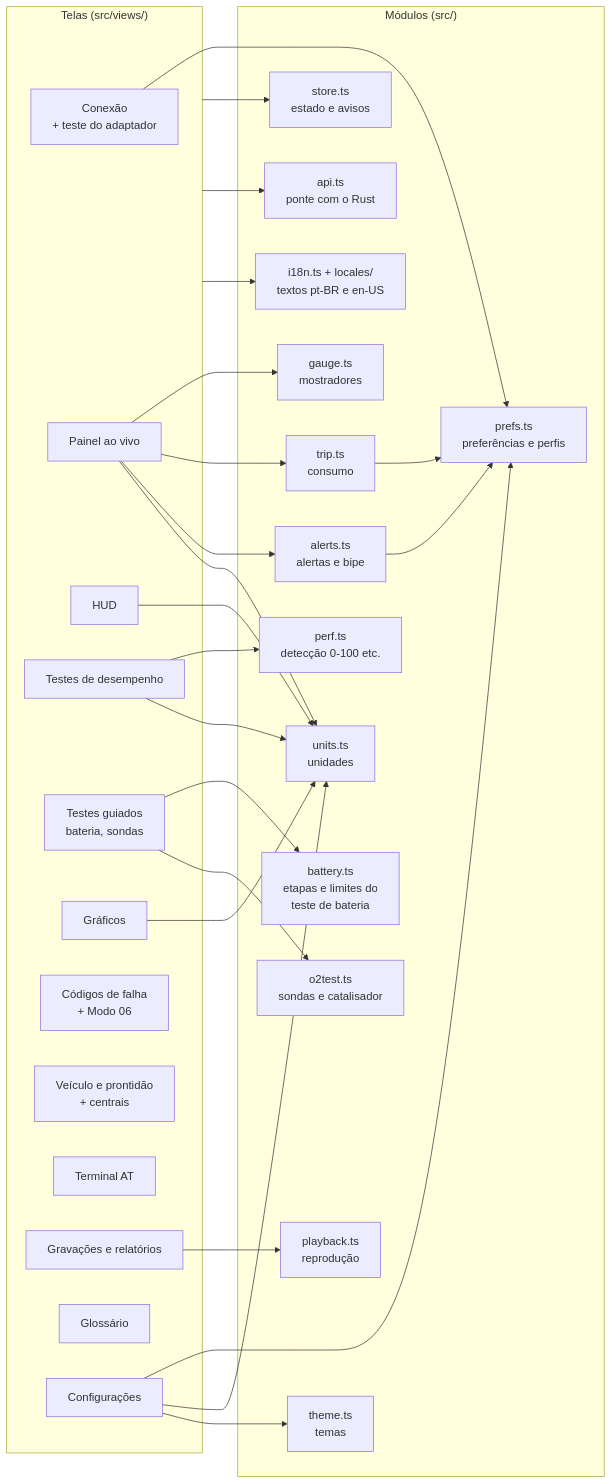
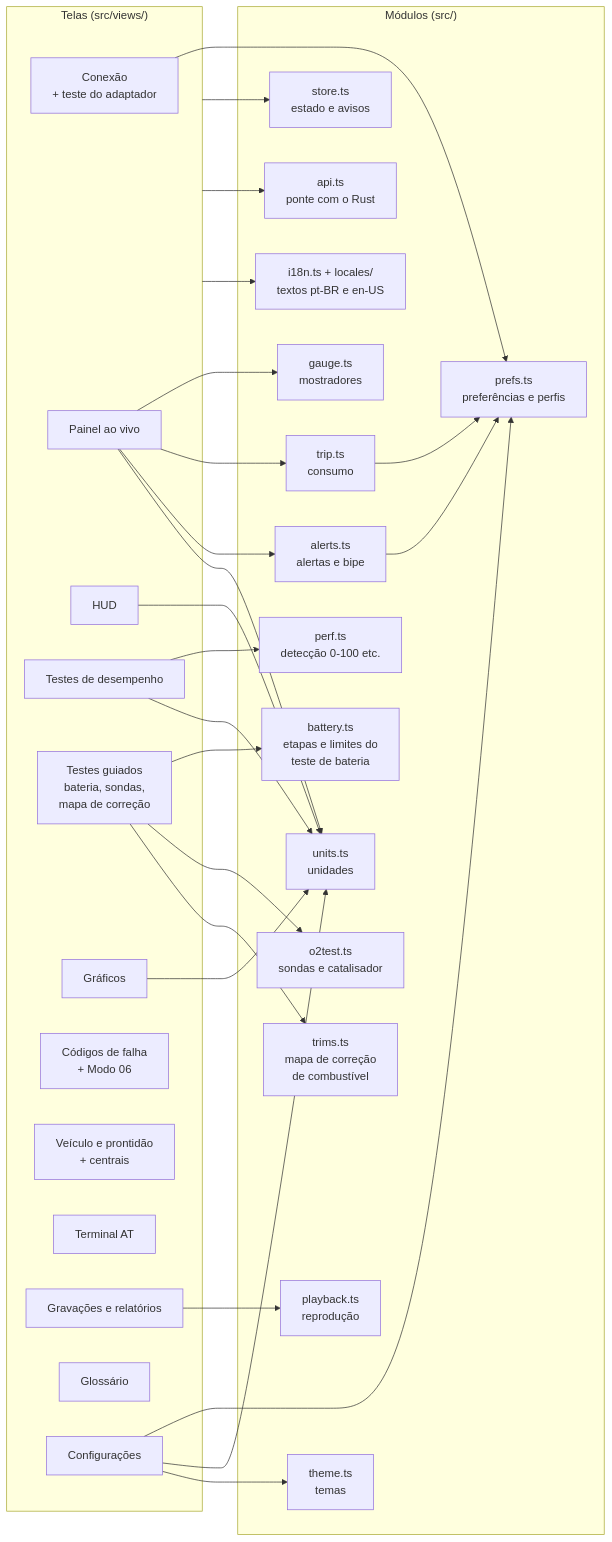
Before and after one commit to samuvieceli/obd2-scanner: the eighth of 12 diagrams in docs/DIAGRAMAS.md, drawn with Mermaid. The commit also changed 12 other files, not shown here.

First line of the commit message:
Testes guiados: mapa de correção de combustível

````diff
--- a/docs/DIAGRAMAS.md
+++ b/docs/DIAGRAMAS.md
@@ -200,43 +200,44 @@
 ```mermaid
 flowchart LR
     subgraph telas["Telas (src/views/)"]
         connection["Conexão<br/>+ teste do adaptador"]
         dashboard["Painel ao vivo"]
         hud["HUD"]
         performance["Testes de desempenho"]
-        guided["Testes guiados<br/>bateria, sondas"]
+        guided["Testes guiados<br/>bateria, sondas,<br/>mapa de correção"]
         charts["Gráficos"]
         diagnostics["Códigos de falha<br/>+ Modo 06"]
         vehicle["Veículo e prontidão<br/>+ centrais"]
         terminal["Terminal AT"]
         sessions["Gravações e relatórios"]
         glossary["Glossário"]
         settings["Configurações"]
     end
     subgraph modulos["Módulos (src/)"]
         store["store.ts<br/>estado e avisos"]
         api["api.ts<br/>ponte com o Rust"]
         trip["trip.ts<br/>consumo"]
         perf["perf.ts<br/>detecção 0-100 etc."]
         battery["battery.ts<br/>etapas e limites do<br/>teste de bateria"]
         o2test["o2test.ts<br/>sondas e catalisador"]
+        trims["trims.ts<br/>mapa de correção<br/>de combustível"]
         alerts["alerts.ts<br/>alertas e bipe"]
         playback["playback.ts<br/>reprodução"]
         prefs["prefs.ts<br/>preferências e perfis"]
         units["units.ts<br/>unidades"]
         gauge["gauge.ts<br/>mostradores"]
         theme["theme.ts<br/>temas"]
         i18n["i18n.ts + locales/<br/>textos pt-BR e en-US"]
     end
     dashboard --> gauge & trip & alerts
     performance --> perf
-    guided --> battery & o2test
+    guided --> battery & o2test & trims
     sessions --> playback
     settings --> prefs & units & theme
     connection --> prefs
     dashboard & hud & charts & performance --> units
     telas --> store
     telas --> api
     telas --> i18n
     trip & alerts --> prefs
 ```
````
